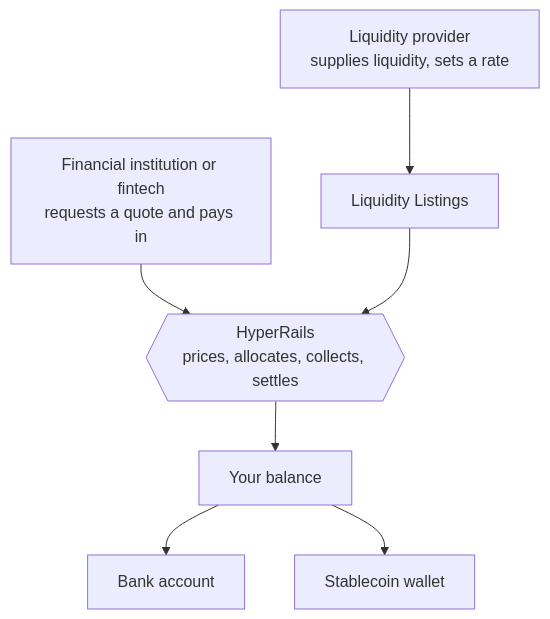
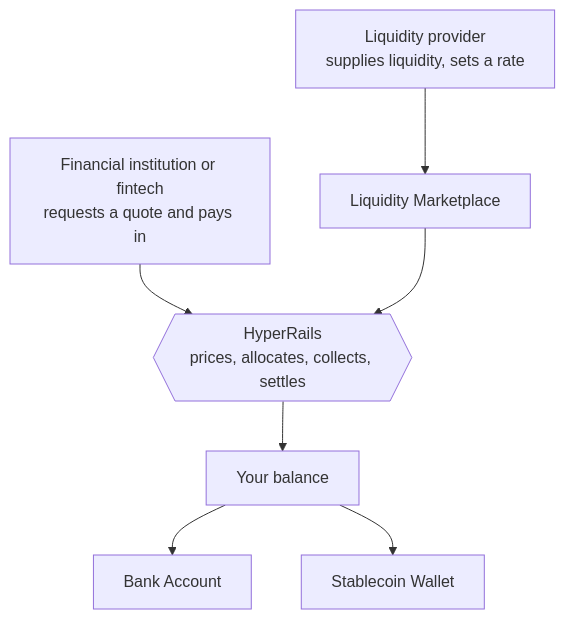
Before and after one commit to Hyper-Rail/docs: the diagram in get-started/how-it-works.mdx, drawn with Mermaid. The commit also changed other lines of this file and 31 other files, not shown here.

````diff
--- a/get-started/how-it-works.mdx
+++ b/get-started/how-it-works.mdx
@@ -25,9 +25,9 @@
 ```mermaid
 flowchart TB
-  EC["Liquidity provider<br/>supplies liquidity, sets a rate"] --> MKT["Liquidity Listings"]
+  EC["Liquidity provider<br/>supplies liquidity, sets a rate"] --> MKT["Liquidity Marketplace"]
   M["Financial institution or fintech<br/>requests a quote and pays in"] --> HR{{"HyperRails<br/>prices, allocates, collects, settles"}}
   MKT --> HR
   HR --> BAL["Your balance"]
-  BAL --> BANK["Bank account"]
-  BAL --> WAL["Stablecoin wallet"]
+  BAL --> BANK["Bank Account"]
+  BAL --> WAL["Stablecoin Wallet"]
 ```
````
